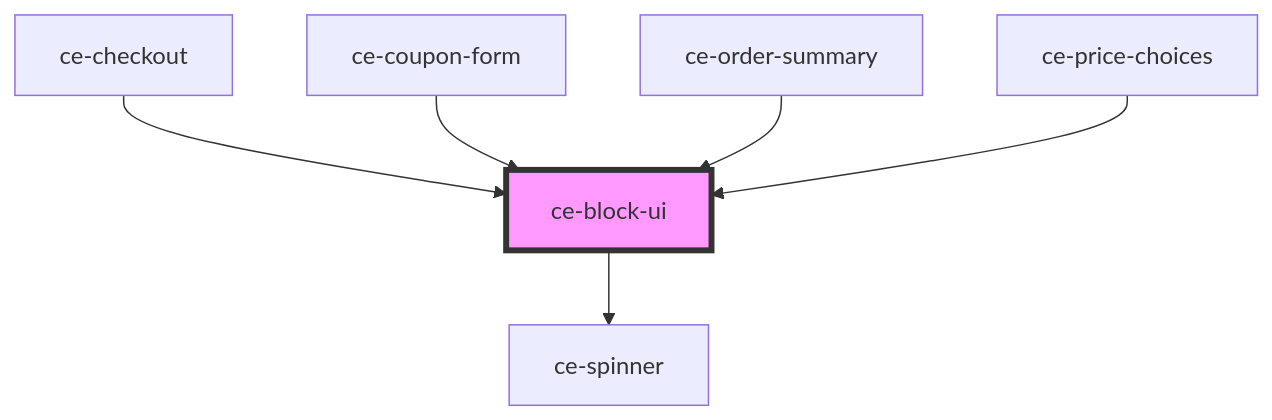
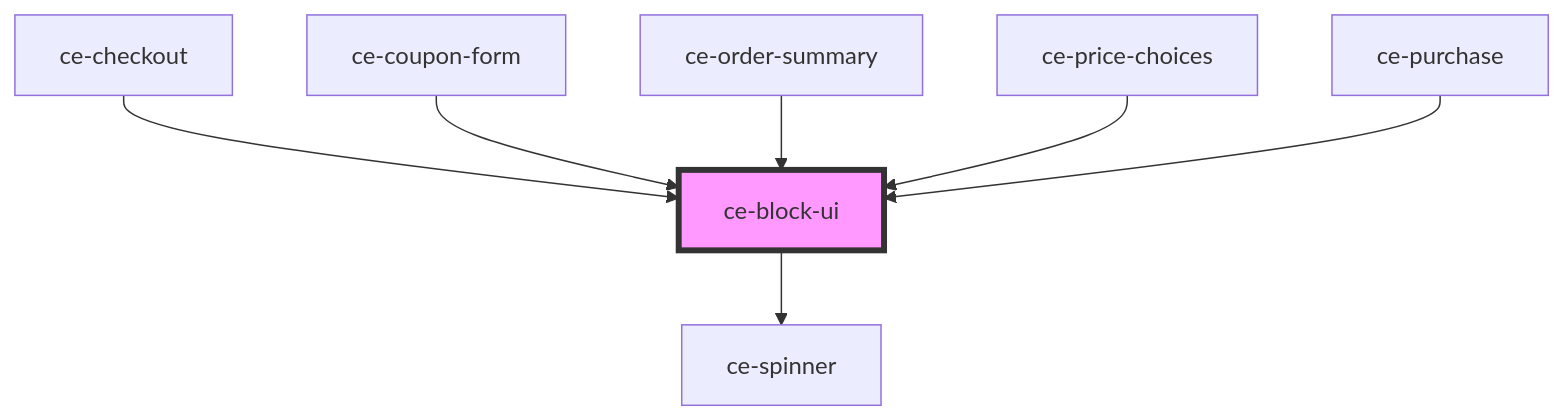
The diagram in packages/components/src/components/ui/block-ui/readme.md (surecart/surecart-wp-plugin), drawn with Mermaid before and after one commit. The commit also changed other lines of this file and 61 other files, not shown here.

````diff
--- a/packages/components/src/components/ui/block-ui/readme.md
+++ b/packages/components/src/components/ui/block-ui/readme.md
@@ -29,9 +30,10 @@
 ```mermaid
 graph TD;
   ce-block-ui --> ce-spinner
   ce-checkout --> ce-block-ui
   ce-coupon-form --> ce-block-ui
   ce-order-summary --> ce-block-ui
   ce-price-choices --> ce-block-ui
+  ce-purchase --> ce-block-ui
   style ce-block-ui fill:#f9f,stroke:#333,stroke-width:4px
 ```
````
